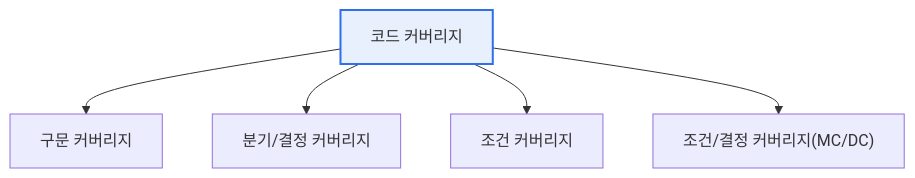
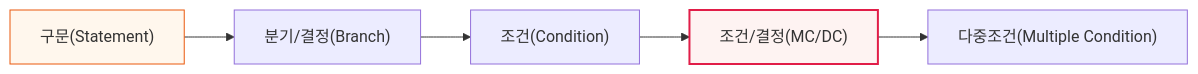
The second of 2 diagrams in content/test-code-coverage.md (coninggu/wjdqhrhksflrltnftk), drawn with Mermaid before and after one commit. The commit also changed other lines of this file and 3 other files, not shown here.

````diff
--- a/content/test-code-coverage.md
+++ b/content/test-code-coverage.md
@@ -15,8 +44,9 @@
 ```mermaid
-flowchart TB
-  C[코드 커버리지] --> S[구문 커버리지]
-  C --> B[분기/결정 커버리지]
-  C --> Co[조건 커버리지]
-  C --> M["조건/결정 커버리지(MC/DC)"]
-  style C fill:#e8f0fe,stroke:#2f6fed,stroke-width:2px
+flowchart LR
+  S["구문(Statement)"] --> B["분기/결정(Branch)"]
+  B --> C["조건(Condition)"]
+  C --> M["조건/결정(MC/DC)"]
+  M --> MU["다중조건(Multiple Condition)"]
+  style S fill:#fff7ed,stroke:#ea580c
+  style M fill:#fef3f2,stroke:#e11d48,stroke-width:2px
 ```
````
